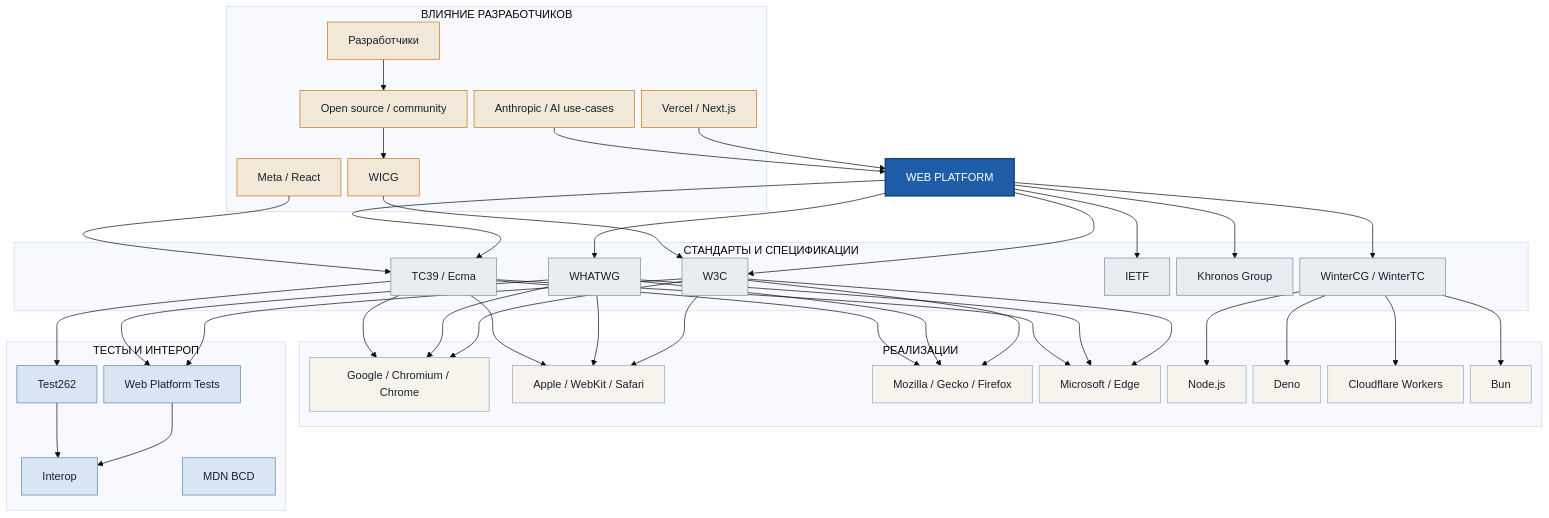
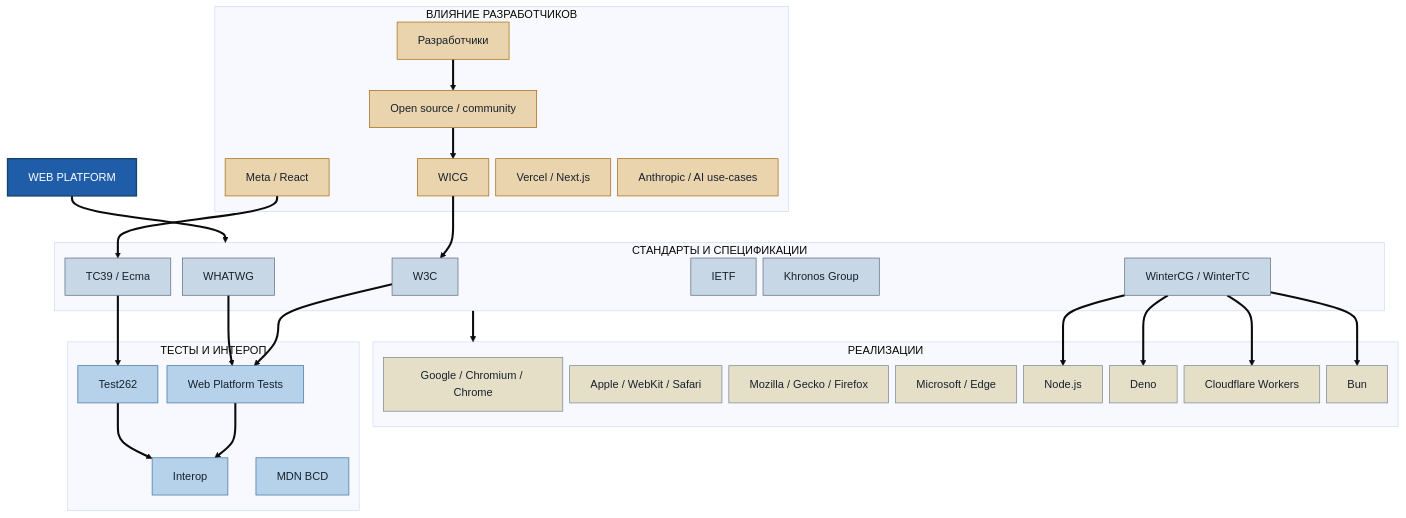
The second of 4 diagrams in slides.md (Momomash/hitchhiking-web-platform), drawn with Mermaid (base theme) before and after one commit. The commit also changed other lines of this file and 2 other files, not shown here.

````diff
--- a/slides.md
+++ b/slides.md
@@ -2219,34 +2219,16 @@
 
   subgraph ECO["ВЛИЯНИЕ РАЗРАБОТЧИКОВ"]
     WICG["WICG"]
-    VERCEL["Vercel / Next.js"]
     META["Meta / React"]
     OSS["Open source / community"]
     DEVS["Разработчики"]
+    VERCEL["Vercel / Next.js"]
     ANTH["Anthropic / AI use-cases"]
   end
 
-  WEB --> W3C
-  WEB --> WHATWG
-  WEB --> TC39
-  WEB --> IETF
-  WEB --> KHR
-  WEB --> WINTER
+  WEB --> STDS
 
-  W3C --> CHROME
-  W3C --> WEBKIT
-  W3C --> MOZ
-  W3C --> EDGE
-
-  WHATWG --> CHROME
-  WHATWG --> WEBKIT
-  WHATWG --> MOZ
-  WHATWG --> EDGE
-
-  TC39 --> CHROME
-  TC39 --> WEBKIT
-  TC39 --> MOZ
-  TC39 --> EDGE
+  STDS --> IMPL
 
   W3C --> WPT
   WHATWG --> WPT
@@ -2258,22 +2240,22 @@
   DEVS --> OSS
   OSS --> WICG
   META --> TC39
-  VERCEL --> WEB
-  ANTH --> WEB
   WINTER --> NODE
   WINTER --> DENO
   WINTER --> CF
   WINTER --> BUN
 
   classDef main fill:#1f5da8,stroke:#17436f,color:#fff,stroke-width:2px;
-  classDef standards fill:#e8edf2,stroke:#7d8b99,color:#17212b;
-  classDef impl fill:#f7f4ed,stroke:#98a8b6,color:#17212b;
-  classDef tests fill:#d8e6f4,stroke:#5d84ad,color:#17212b;
-  classDef eco fill:#f2e8d8,stroke:#c57712,color:#17212b;
+  classDef standards fill:#c8d7e5,stroke:#5a6b7a,color:#17212b;
+  classDef impl fill:#e6dfc8,stroke:#748596,color:#17212b;
+  classDef tests fill:#b5d2ea,stroke:#3f6f9f,color:#17212b;
+  classDef eco fill:#e9d4ae,stroke:#a3660e,color:#17212b;
 
   class WEB main;
   class W3C,WHATWG,TC39,IETF,KHR,WINTER standards;
   class CHROME,WEBKIT,MOZ,EDGE,NODE,DENO,CF,BUN impl;
   class WPT,TEST262,INTEROP,MDNBCD tests;
   class WICG,VERCEL,META,OSS,DEVS,ANTH eco;
+
+  linkStyle default stroke-width:3px
 ```
````
